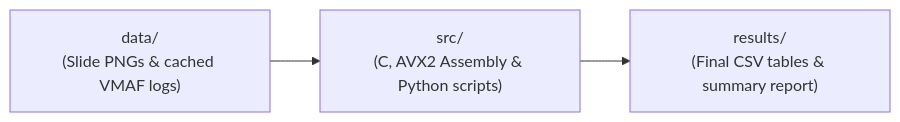
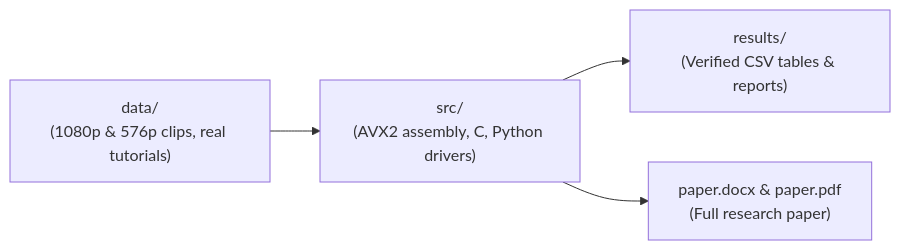
The second of 2 diagrams in README.md (Khladyn/SCC-SegCRF), drawn with Mermaid before and after one commit. The commit also changed other lines of this file and 274 other files, not shown here.

````diff
--- a/README.md
+++ b/README.md
@@ -51,5 +34,6 @@
 ```mermaid
 flowchart LR
-    DATA["data/\n(Slide PNGs & cached VMAF logs)"] --> SRC["src/\n(C, AVX2 Assembly & Python scripts)"]
-    SRC --> RES["results/\n(Final CSV tables & summary report)"]
+    DATA["data/\n(1080p & 576p clips, real tutorials)"] --> SRC["src/\n(AVX2 assembly, C, Python drivers)"]
+    SRC --> RES["results/\n(Verified CSV tables & reports)"]
+    SRC --> DOCS["paper.docx & paper.pdf\n(Full research paper)"]
 ```
````
